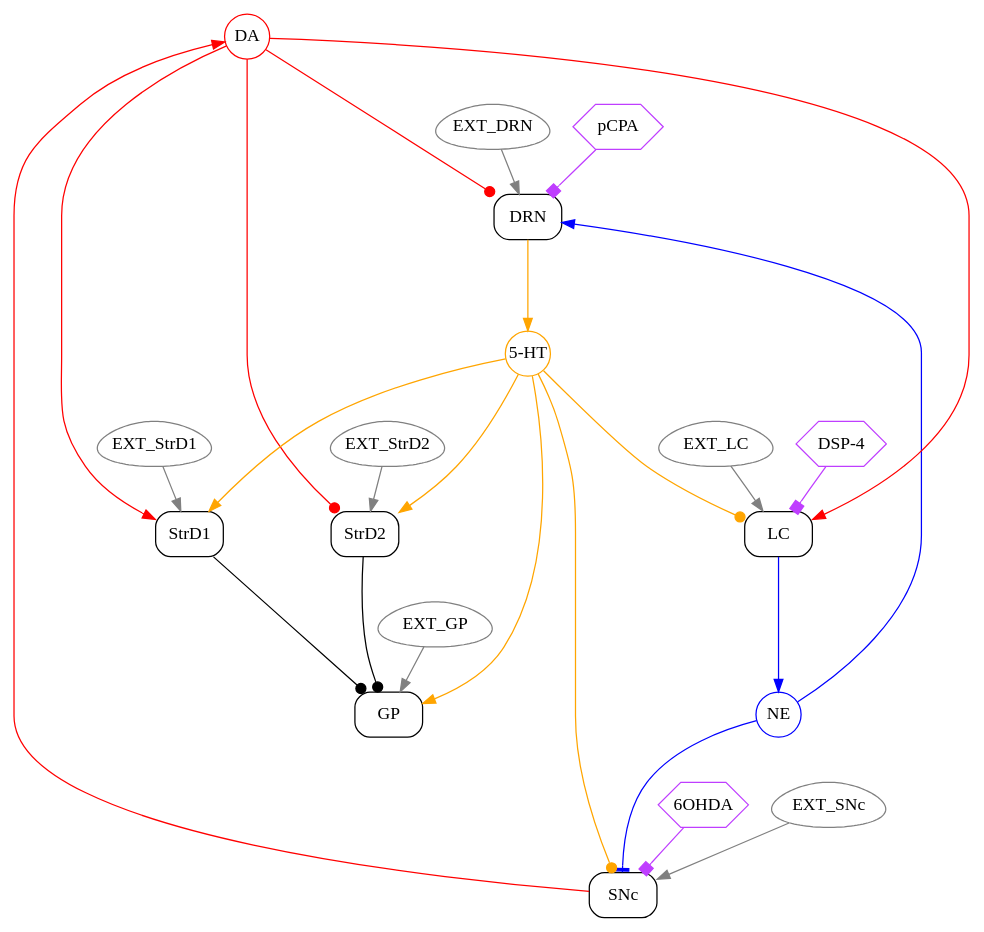
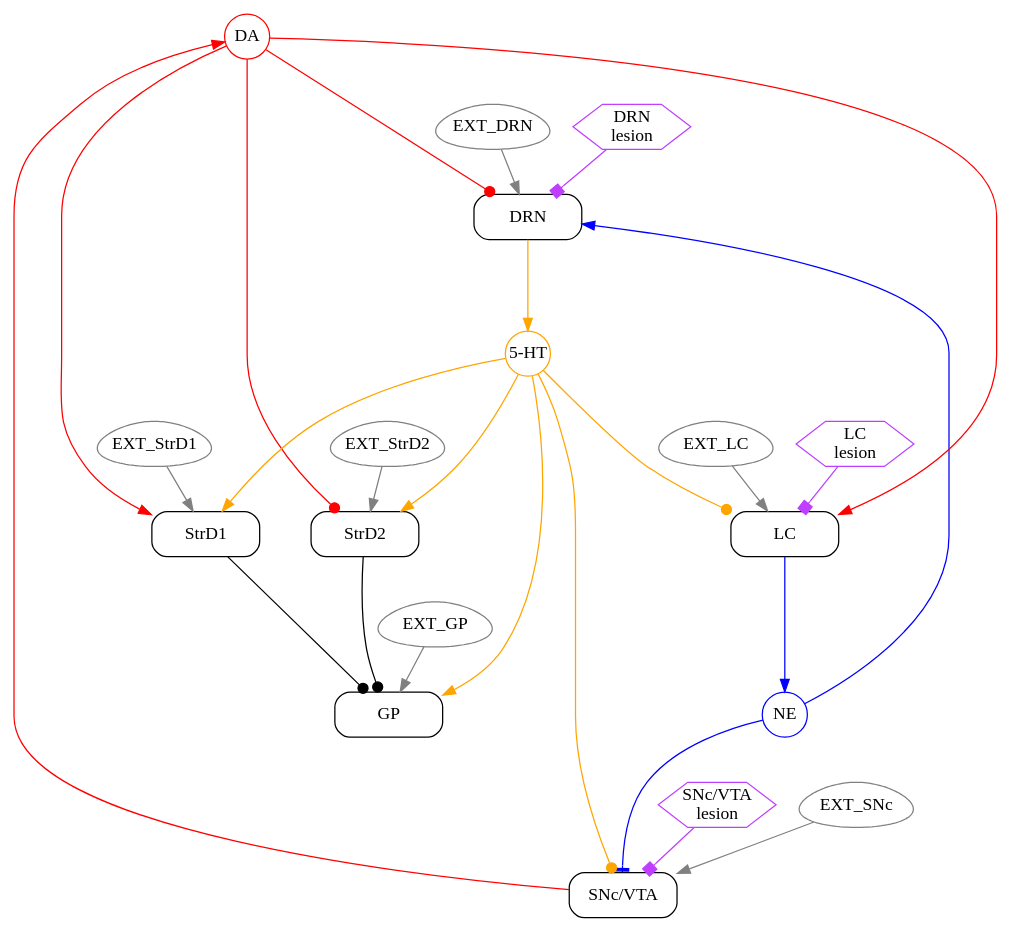
One commit to WohthaN/Simulating_noradrenaline_and_serotonin_depletions_in_parkinson changed the diagram in model_graph_full.gv. Above: the diagram before and after it, drawn with Graphviz. The commit also changed 2140 other files, not shown here.

```diff
--- a/model_graph_full.gv
+++ b/model_graph_full.gv
@@ -1,87 +1,87 @@
 digraph G {
     compound=false;
     overlap=false;
     #splines=true;
     #layout=neato;
     #layout=sfdp;
     layout=dot;
     #K=2;
     #layout=patchwork;
 
   {
-    node [shape=box, style=rounded ];
+    node [shape=box, style=rounded, width=1.2 ];
     GP [fixedsize=true];
     StrD1 [fixedsize=shape];
     StrD2 [fixedsize=shape];
-    SNc [fixedsize=shape];
+    SNc [fixedsize=shape, label="SNc/VTA"];
     DRN [fixedsize=shape];
     LC [fixedsize=shape];
   }
   {
       node [shape=circle,fixedsize=true,width=0.5];
       NE [color=blue];
       DA [color=red];
       SHT [label="5-HT", color=orange];
   }
   {
-      node [shape=hexagon,fixedsize=true,width=1];
-      OHDA [label="6OHDA", color=darkorchid1];
-      pCPA [color=darkorchid1];
-      DSP4 [label="DSP-4", color=darkorchid1];
+      node [shape=hexagon,fixedsize=true,width=1.3];
+      OHDA [label="SNc/VTA\nlesion", color=darkorchid1];
+      pCPA [color=darkorchid1, label="DRN\nlesion"];
+      DSP4 [label="LC\nlesion", color=darkorchid1];
   }
   {
     node [shape=egg,fixedsize=true,width=1.2, color=grey];
     EXT_GP;
     EXT_StrD1;
     EXT_StrD2;
     EXT_SNc;
     EXT_DRN;
     EXT_LC;
   }
 
 
 
 
   {
   edge [arrowsize=1, minlen=2];
 
   LC -> NE [color=blue];
   NE -> SNc [color=blue, arrowhead=tee];
   NE -> DRN [color=blue];
 
 
   StrD1 -> GP [arrowhead=dot, color=black];
   StrD2 -> GP [arrowhead=dot,  color=black];
 
   SNc -> DA [color=red];
   DA -> StrD2 [arrowhead=dot,  color=red];
   DA -> StrD1 [arrowhead=normal, color=red];
   DA -> DRN [arrowhead=dot,  color=red];
   DA -> LC [arrowhead=normal,  color=red];
 
   DRN -> SHT [color=orange];
   SHT -> SNc [arrowhead=dot,  color=orange];
   SHT -> LC [arrowhead=dot,  color=orange];
   SHT -> StrD1 [arrowhead=normal, color=orange];
   SHT -> StrD2 [arrowhead=normal, color=orange];
   SHT -> GP [arrowhead=normal,  color=orange];
  }
  {
   edge [arrowsize=1, len=0.1];
   OHDA -> SNc [arrowhead=box, color=darkorchid1];
   pCPA -> DRN [arrowhead=box, color=darkorchid1];
   DSP4 -> LC [arrowhead=box, color=darkorchid1];
  }
 
  {
     edge [arrowsize=1, len=0.1, color=grey];
     EXT_GP -> GP;
     EXT_StrD1 -> StrD1;
     EXT_StrD2 -> StrD2;
     EXT_SNc -> SNc;
     EXT_DRN -> DRN;
     EXT_LC -> LC;
  }
 
 
 }
```
